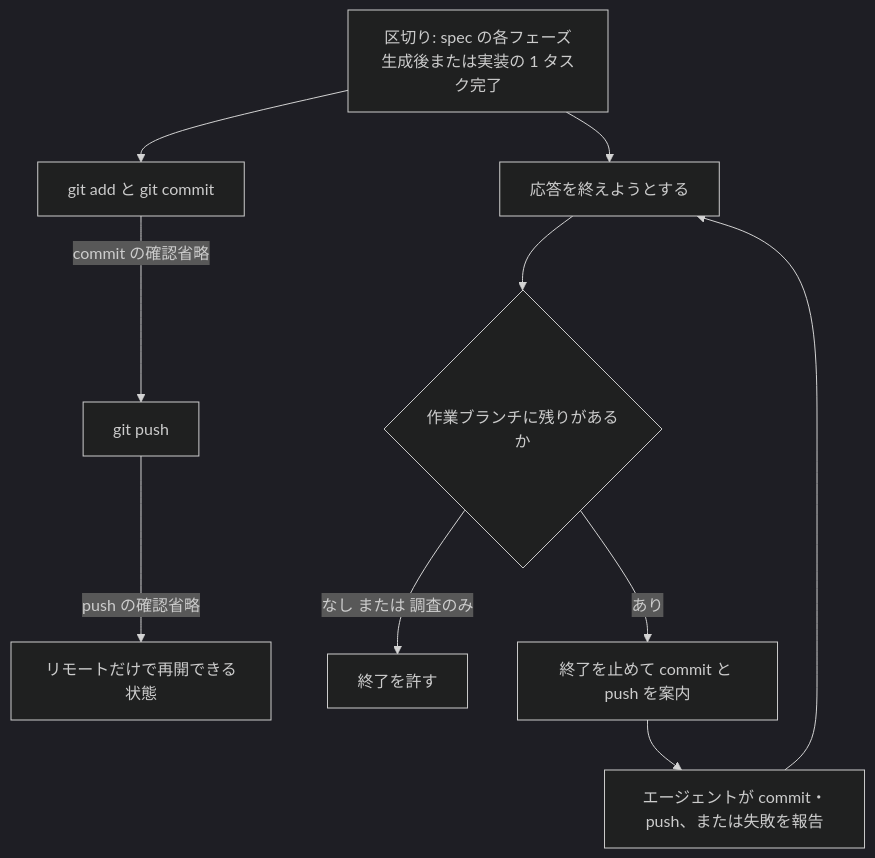
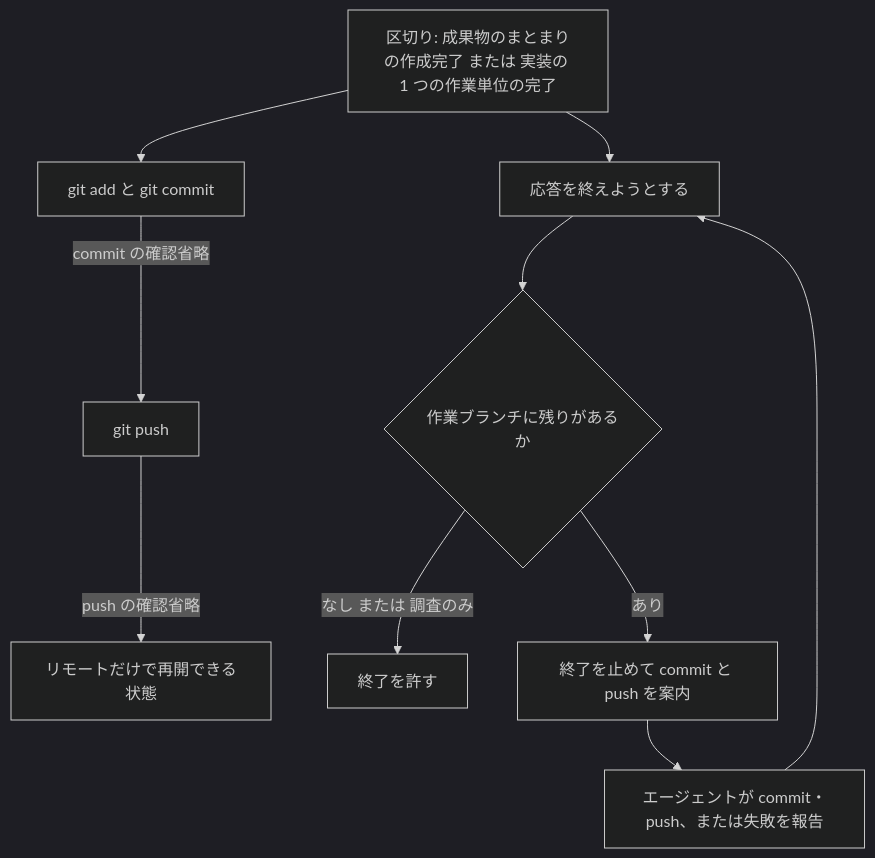
The fourth of 4 diagrams in .kiro/specs/brw-enforcement/design.md (nekono-dev/branch-release-workflow), drawn with Mermaid (dark theme) before and after one commit. The commit also changed other lines of this file and 105 other files, not shown here.

````diff
--- a/.kiro/specs/brw-enforcement/design.md
+++ b/.kiro/specs/brw-enforcement/design.md
@@ -162,12 +169,12 @@
 ```mermaid
 flowchart TD
-    Boundary[区切り: spec の各フェーズ生成後または実装の 1 タスク完了] --> Commit[git add と git commit]
+    Boundary[区切り: 成果物のまとまりの作成完了 または 実装の 1 つの作業単位の完了] --> Commit[git add と git commit]
     Commit -->|commit の確認省略| Push[git push]
     Push -->|push の確認省略| Resume[リモートだけで再開できる状態]
     Boundary --> Stop[応答を終えようとする]
     Stop --> Scan{作業ブランチに残りがあるか}
     Scan -->|なし または 調査のみ| End[終了を許す]
     Scan -->|あり| Block[終了を止めて commit と push を案内]
     Block --> Agent[エージェントが commit・push、または失敗を報告]
     Agent --> Stop
 ```
````
